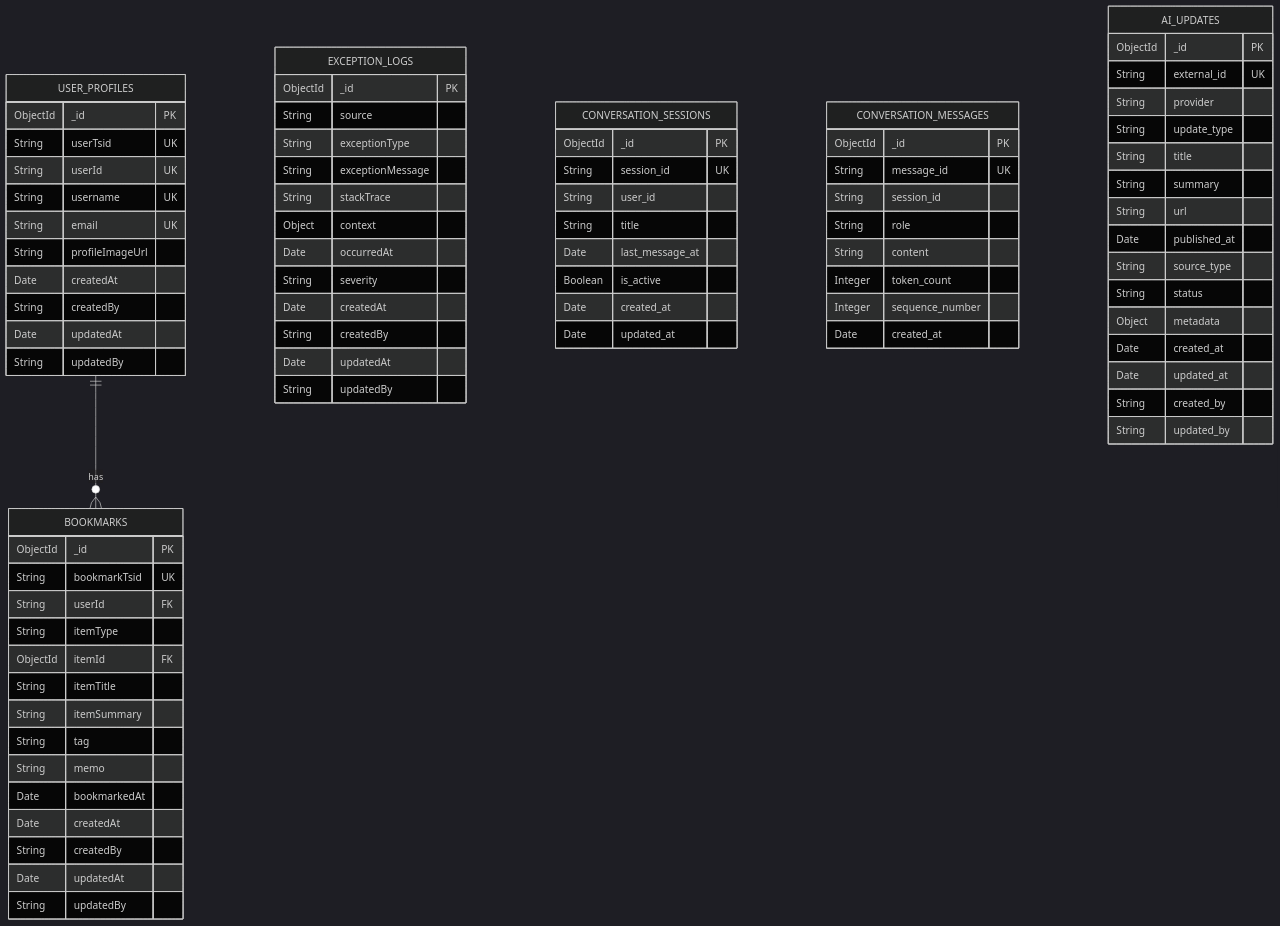
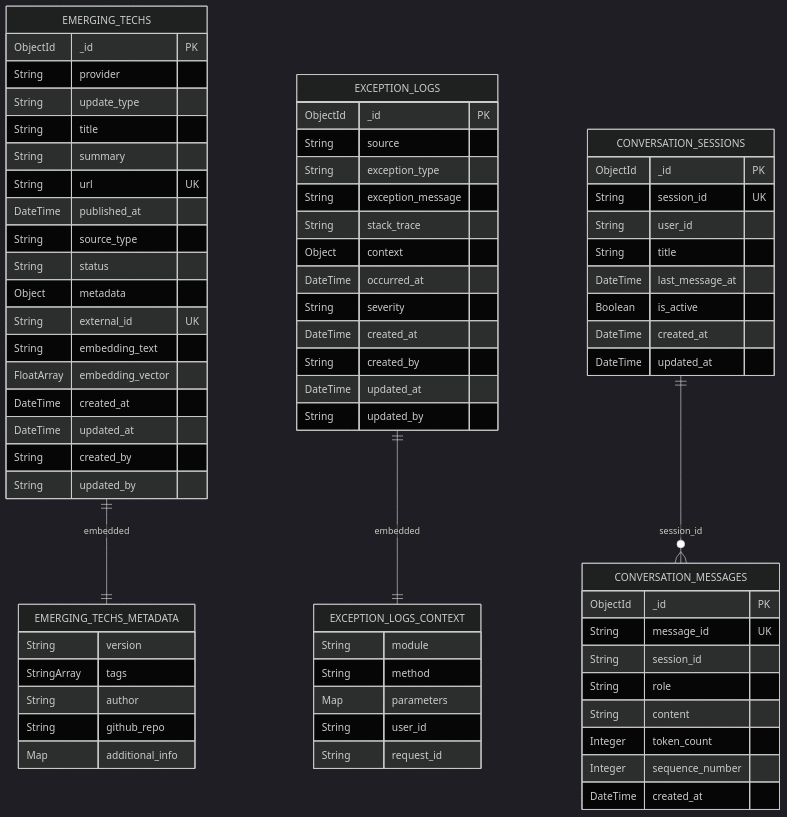
The diagram in docs/step1/2. mongodb-schema-design.md (thswlsqls/tech-n-ai), drawn with Mermaid (dark theme) before and after one commit. The commit also changed other lines of this file, not shown here.

````diff
--- a/docs/step1/2. mongodb-schema-design.md
+++ b/docs/step1/2. mongodb-schema-design.md
@@ -505,63 +418,48 @@
 ```mermaid
 erDiagram
-    USER_PROFILES ||--o{ BOOKMARKS : "has"
+    EMERGING_TECHS ||--|| EMERGING_TECHS_METADATA : "embedded"
+    EXCEPTION_LOGS ||--|| EXCEPTION_LOGS_CONTEXT : "embedded"
+    CONVERSATION_SESSIONS ||--o{ CONVERSATION_MESSAGES : "session_id"
 
-    BOOKMARKS {
+    EMERGING_TECHS {
         ObjectId _id PK
-        String bookmarkTsid UK
-        String userId FK
-        String itemType
-        ObjectId itemId FK
-        String itemTitle
-        String itemSummary
-        String tag
-        String memo
-        Date bookmarkedAt
-        Date createdAt
-        String createdBy
-        Date updatedAt
-        String updatedBy
+        String provider
+        String update_type
+        String title
+        String summary
+        String url UK
+        DateTime published_at
+        String source_type
+        String status
+        Object metadata
+        String external_id UK
+        String embedding_text
+        FloatArray embedding_vector
+        DateTime created_at
+        DateTime updated_at
+        String created_by
+        String updated_by
     }
-    
-    USER_PROFILES {
-        ObjectId _id PK
-        String userTsid UK
-        String userId UK
-        String username UK
-        String email UK
-        String profileImageUrl
-        Date createdAt
-        String createdBy
-        Date updatedAt
-        String updatedBy
+
+    EMERGING_TECHS_METADATA {
+        String version
+        StringArray tags
+        String author
+        String github_repo
+        Map additional_info
     }
-    
-    EXCEPTION_LOGS {
-        ObjectId _id PK
-        String source
-        String exceptionType
-        String exceptionMessage
-        String stackTrace
-        Object context
-        Date occurredAt
-        String severity
-        Date createdAt
-        String createdBy
-        Date updatedAt
-        String updatedBy
-    }
-    
+
     CONVERSATION_SESSIONS {
         ObjectId _id PK
         String session_id UK
         String user_id
         String title
-        Date last_message_at
+        DateTime last_message_at
         Boolean is_active
-        Date created_at
-        Date updated_at
+        DateTime created_at
+        DateTime updated_at
     }
-    
+
     CONVERSATION_MESSAGES {
         ObjectId _id PK
         String message_id UK
@@ -570,24 +468,29 @@
         String content
         Integer token_count
         Integer sequence_number
-        Date created_at
+        DateTime created_at
     }
 
-    AI_UPDATES {
+    EXCEPTION_LOGS {
         ObjectId _id PK
-        String external_id UK
-        String provider
-        String update_type
-        String title
-        String summary
-        String url
-        Date published_at
-        String source_type
-        String status
-        Object metadata
-        Date created_at
-        Date updated_at
+        String source
+        String exception_type
+        String exception_message
+        String stack_trace
+        Object context
+        DateTime occurred_at
+        String severity
+        DateTime created_at
         String created_by
+        DateTime updated_at
         String updated_by
     }
+
+    EXCEPTION_LOGS_CONTEXT {
+        String module
+        String method
+        Map parameters
+        String user_id
+        String request_id
+    }
 ```
````
